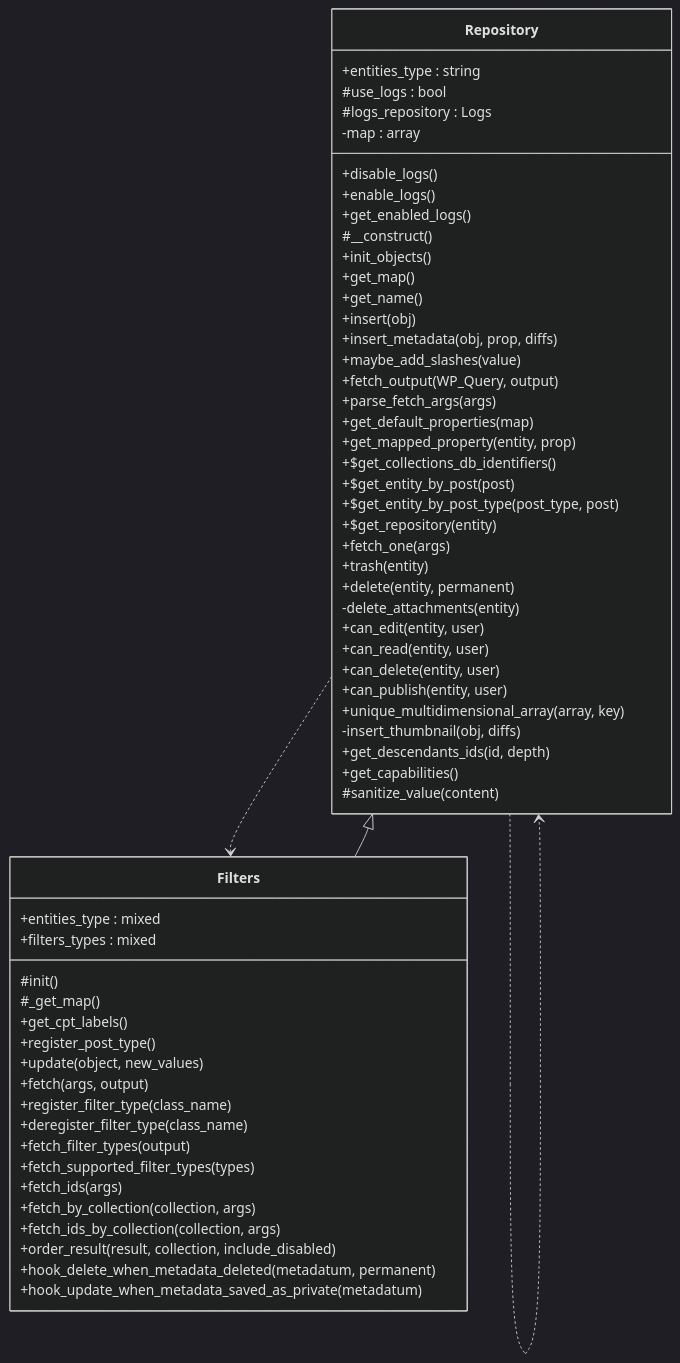
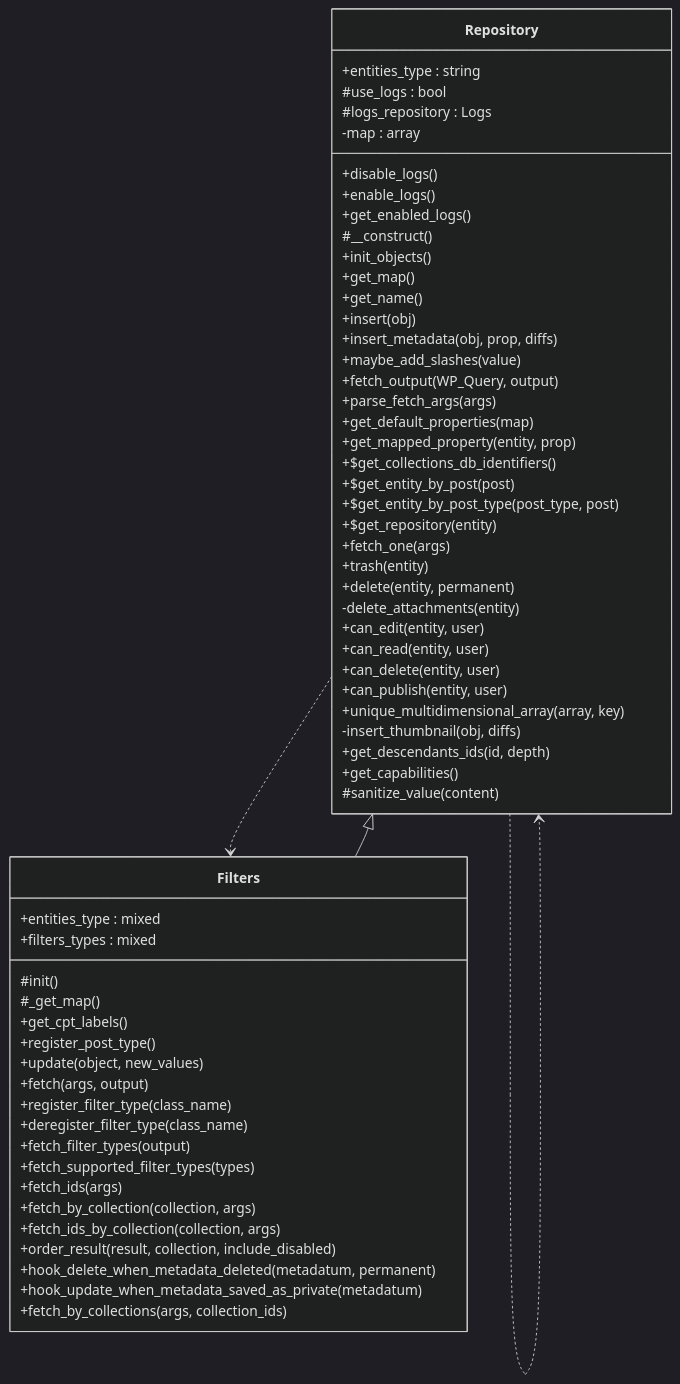
The diagram in docs/phpdoc/classes/Tainacan/Repositories/Filters.mmd (tainacan/tainacan), drawn with Mermaid (dark theme) before and after one commit. The commit also changed 7 other files, not shown here.

```diff
--- a/docs/phpdoc/classes/Tainacan/Repositories/Filters.mmd
+++ b/docs/phpdoc/classes/Tainacan/Repositories/Filters.mmd
@@ -1,62 +1,63 @@
 classDiagram
     direction TB
     class Filters {
         +entities_type : mixed
         +filters_types : mixed
         #init()
         #_get_map()
         +get_cpt_labels()
         +register_post_type()
         +update(object, new_values)
         +fetch(args, output)
         +register_filter_type(class_name)
         +deregister_filter_type(class_name)
         +fetch_filter_types(output)
         +fetch_supported_filter_types(types)
         +fetch_ids(args)
         +fetch_by_collection(collection, args)
         +fetch_ids_by_collection(collection, args)
         +order_result(result, collection, include_disabled)
         +hook_delete_when_metadata_deleted(metadatum, permanent)
         +hook_update_when_metadata_saved_as_private(metadatum)
+        +fetch_by_collections(args, collection_ids)
     }
     class Repository {
         +entities_type : string
         #use_logs : bool
         #logs_repository : Logs
         -map : array
         +disable_logs()
         +enable_logs()
         +get_enabled_logs()
         #__construct()
         +init_objects()
         +get_map()
         +get_name()
         +insert(obj)
         +insert_metadata(obj, prop, diffs)
         +maybe_add_slashes(value)
         +fetch_output(WP_Query, output)
         +parse_fetch_args(args)
         +get_default_properties(map)
         +get_mapped_property(entity, prop)
         +$get_collections_db_identifiers()
         +$get_entity_by_post(post)
         +$get_entity_by_post_type(post_type, post)
         +$get_repository(entity)
         +fetch_one(args)
         +trash(entity)
         +delete(entity, permanent)
         -delete_attachments(entity)
         +can_edit(entity, user)
         +can_read(entity, user)
         +can_delete(entity, user)
         +can_publish(entity, user)
         +unique_multidimensional_array(array, key)
         -insert_thumbnail(obj, diffs)
         +get_descendants_ids(id, depth)
         +get_capabilities()
         #sanitize_value(content)
     }
     Repository ..> Filters
     Repository ..> Repository
     Repository <|-- Filters
```
